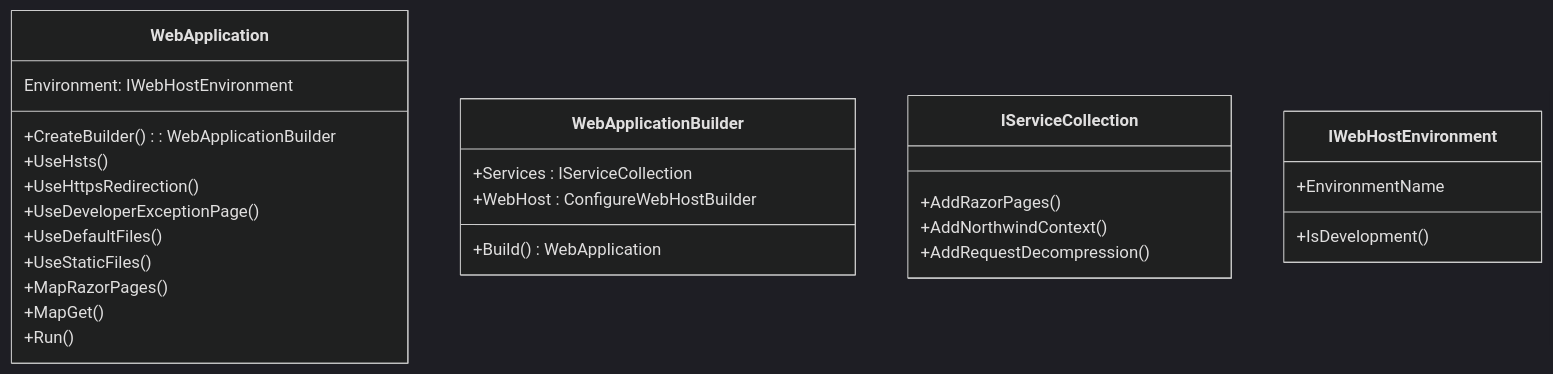
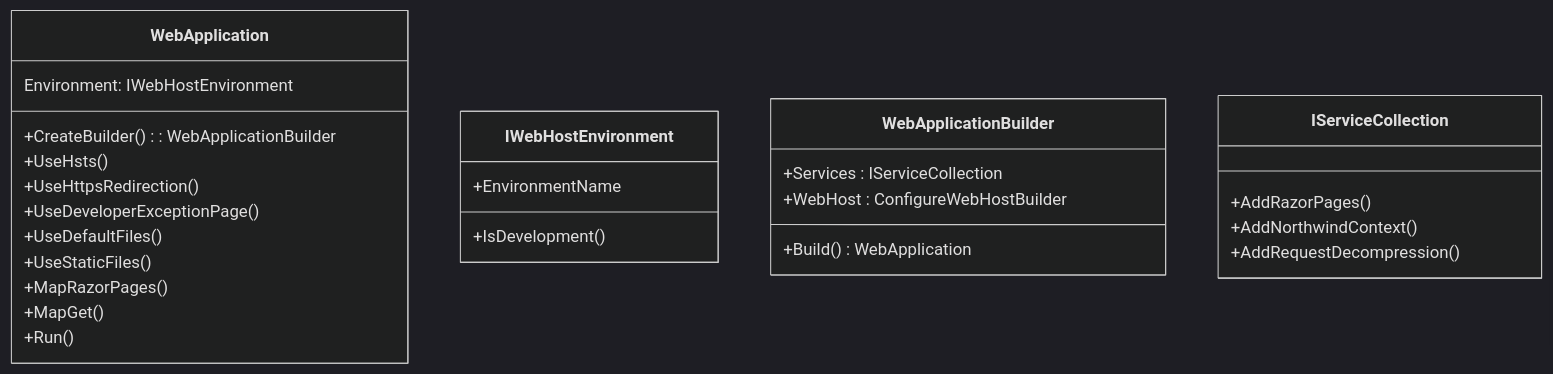
Before and after one commit to markjprice/cs12dotnet8: the diagram in docs/ch13-common-classes.md, drawn with Mermaid (dark theme). The commit also changed other lines of this file, not shown here.

````diff
--- a/docs/ch13-common-classes.md
+++ b/docs/ch13-common-classes.md
@@ -3,32 +3,32 @@
 ```mermaid
 classDiagram
     class WebApplication {
         +CreateBuilder() : WebApplicationBuilder
         Environment: IWebHostEnvironment
         +UseHsts()
         +UseHttpsRedirection()
         +UseDeveloperExceptionPage()
         +UseDefaultFiles()
         +UseStaticFiles()
         +MapRazorPages()
         +MapGet()
         +Run()
     }
     
+    class IWebHostEnvironment {
+        +IsDevelopment()
+        +EnvironmentName
+    }
+    
     class WebApplicationBuilder {
         +Build() WebApplication
         +Services : IServiceCollection
         +WebHost : ConfigureWebHostBuilder
     }
 
     class IServiceCollection {
         +AddRazorPages()
         +AddNorthwindContext()
         +AddRequestDecompression()
     }
-    
-    class IWebHostEnvironment {
-        +IsDevelopment()
-        +EnvironmentName
-    }
 ```
````
